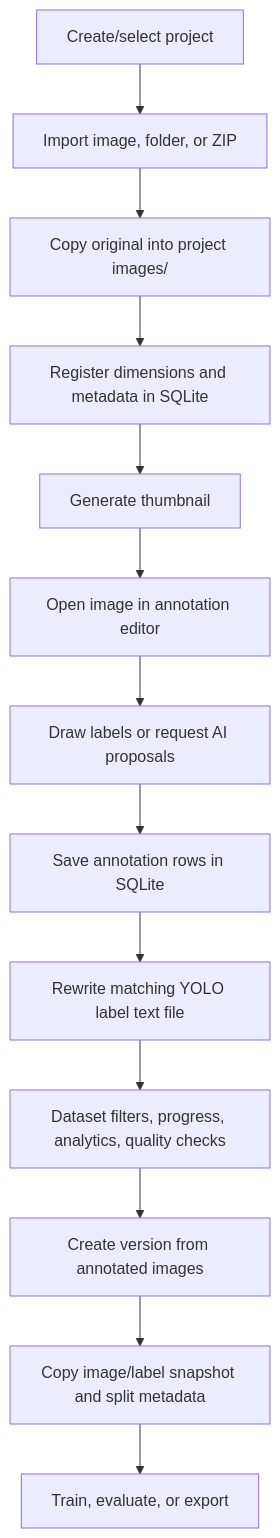
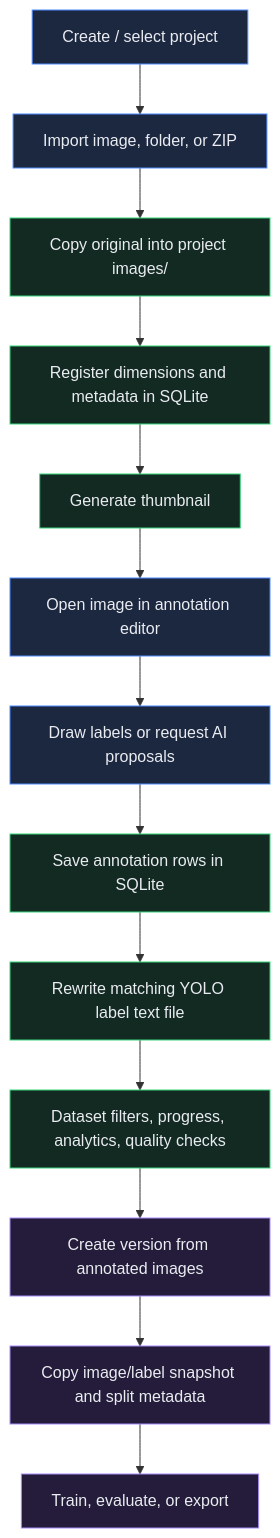
One commit to vansh565/Dataset-Annotator- changed the first of 5 diagrams in README.md. Above: the diagram before and after it, drawn with Mermaid. The commit also changed other lines of this file, not shown here.

````diff
--- a/README.md
+++ b/README.md
@@ -83,15 +118,22 @@
 ```mermaid
 flowchart TD
-  A[Create/select project] --> B[Import image, folder, or ZIP]
+  A[Create / select project] --> B[Import image, folder, or ZIP]
   B --> C[Copy original into project images/]
   C --> D[Register dimensions and metadata in SQLite]
   D --> E[Generate thumbnail]
   E --> F[Open image in annotation editor]
   F --> G[Draw labels or request AI proposals]
   G --> H[Save annotation rows in SQLite]
   H --> I[Rewrite matching YOLO label text file]
   I --> J[Dataset filters, progress, analytics, quality checks]
   J --> K[Create version from annotated images]
   K --> L[Copy image/label snapshot and split metadata]
   L --> M[Train, evaluate, or export]
+
+  classDef io fill:#1c2740,stroke:#4f8cff,color:#e9ecf1
+  classDef store fill:#132a22,stroke:#37d67a,color:#e9ecf1
+  classDef out fill:#241c3a,stroke:#a78bfa,color:#e9ecf1
+  class A,B,F,G io
+  class C,D,E,H,I,J store
+  class K,L,M out
 ```
````
